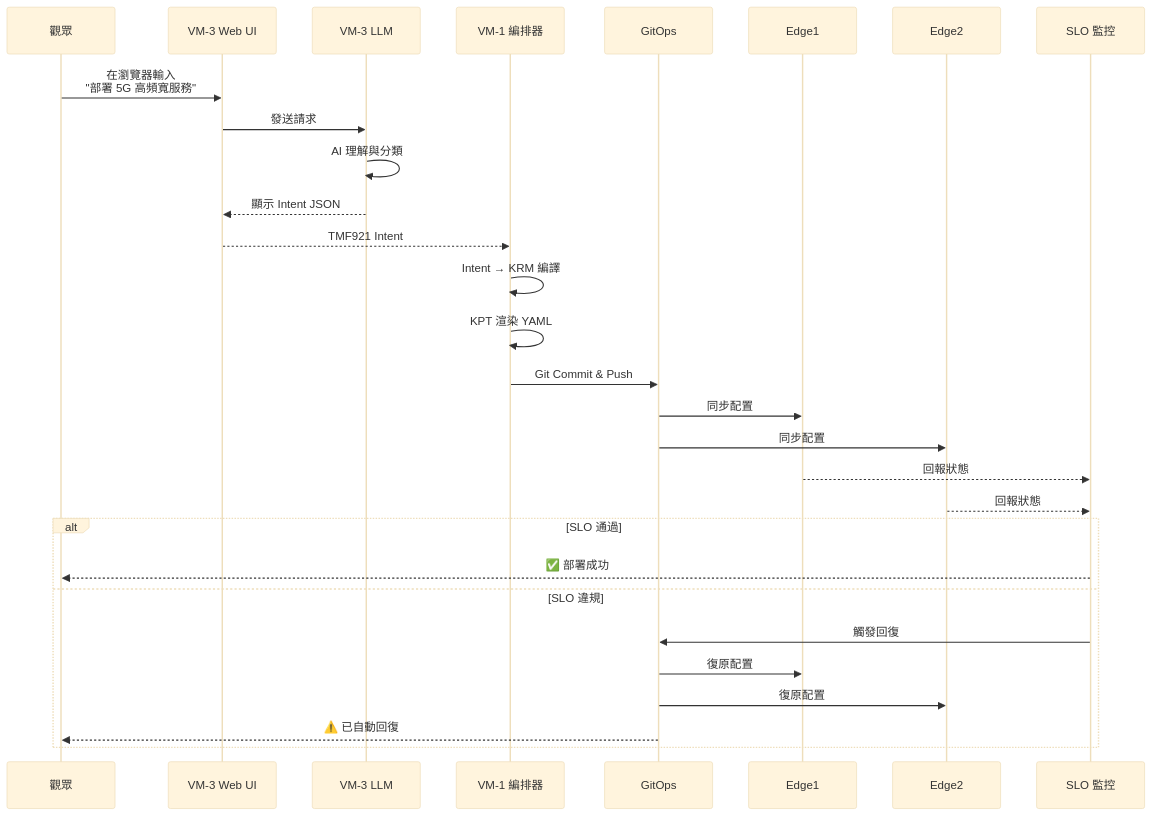
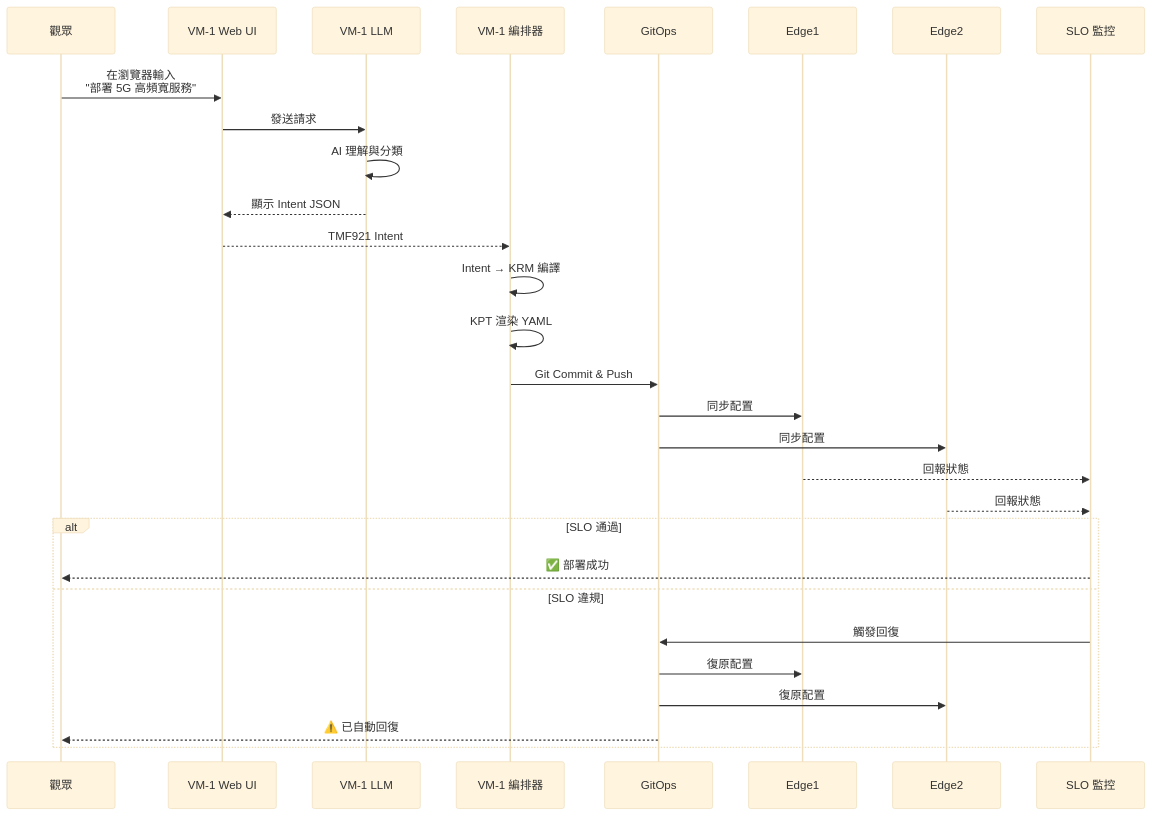
One commit to thc1006/nephio-intent-to-o2-demo changed the second of 4 diagrams in docs/summit-demo/SUMMIT_DEMO_FLOW.md. Above: the diagram before and after it, drawn with Mermaid (base theme). The commit also changed other lines of this file and 708 other files, not shown here.

````diff
--- a/docs/summit-demo/SUMMIT_DEMO_FLOW.md
+++ b/docs/summit-demo/SUMMIT_DEMO_FLOW.md
@@ -63,36 +63,36 @@
 ```mermaid
 sequenceDiagram
     participant 觀眾
-    participant WebUI as VM-3 Web UI
-    participant VM3_LLM as VM-3 LLM
+    participant WebUI as VM-1 Web UI
+    participant VM1_LLM as VM-1 LLM
     participant VM1_Orchestrator as VM-1 編排器
     participant GitOps
     participant Edge1
     participant Edge2
     participant SLO_Monitor as SLO 監控
 
     觀眾->>WebUI: 在瀏覽器輸入<br/>"部署 5G 高頻寬服務"
-    WebUI->>VM3_LLM: 發送請求
-    VM3_LLM->>VM3_LLM: AI 理解與分類
-    VM3_LLM-->>WebUI: 顯示 Intent JSON
+    WebUI->>VM1_LLM: 發送請求
+    VM1_LLM->>VM1_LLM: AI 理解與分類
+    VM1_LLM-->>WebUI: 顯示 Intent JSON
     WebUI-->>VM1_Orchestrator: TMF921 Intent
 
     VM1_Orchestrator->>VM1_Orchestrator: Intent → KRM 編譯
     VM1_Orchestrator->>VM1_Orchestrator: KPT 渲染 YAML
     VM1_Orchestrator->>GitOps: Git Commit & Push
 
     GitOps->>Edge1: 同步配置
     GitOps->>Edge2: 同步配置
 
     Edge1-->>SLO_Monitor: 回報狀態
     Edge2-->>SLO_Monitor: 回報狀態
 
     alt SLO 通過
         SLO_Monitor-->>觀眾: ✅ 部署成功
     else SLO 違規
         SLO_Monitor->>GitOps: 觸發回復
         GitOps->>Edge1: 復原配置
         GitOps->>Edge2: 復原配置
         GitOps-->>觀眾: ⚠️ 已自動回復
     end
 ```
````
